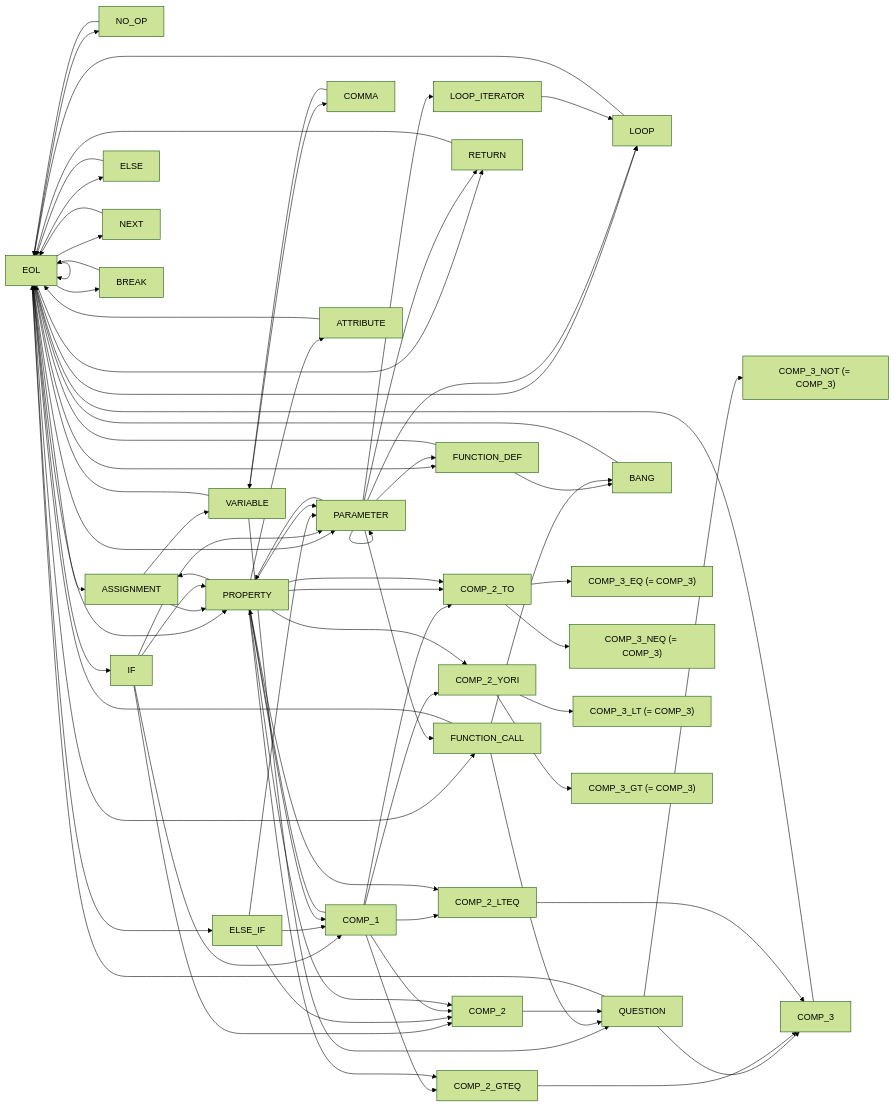
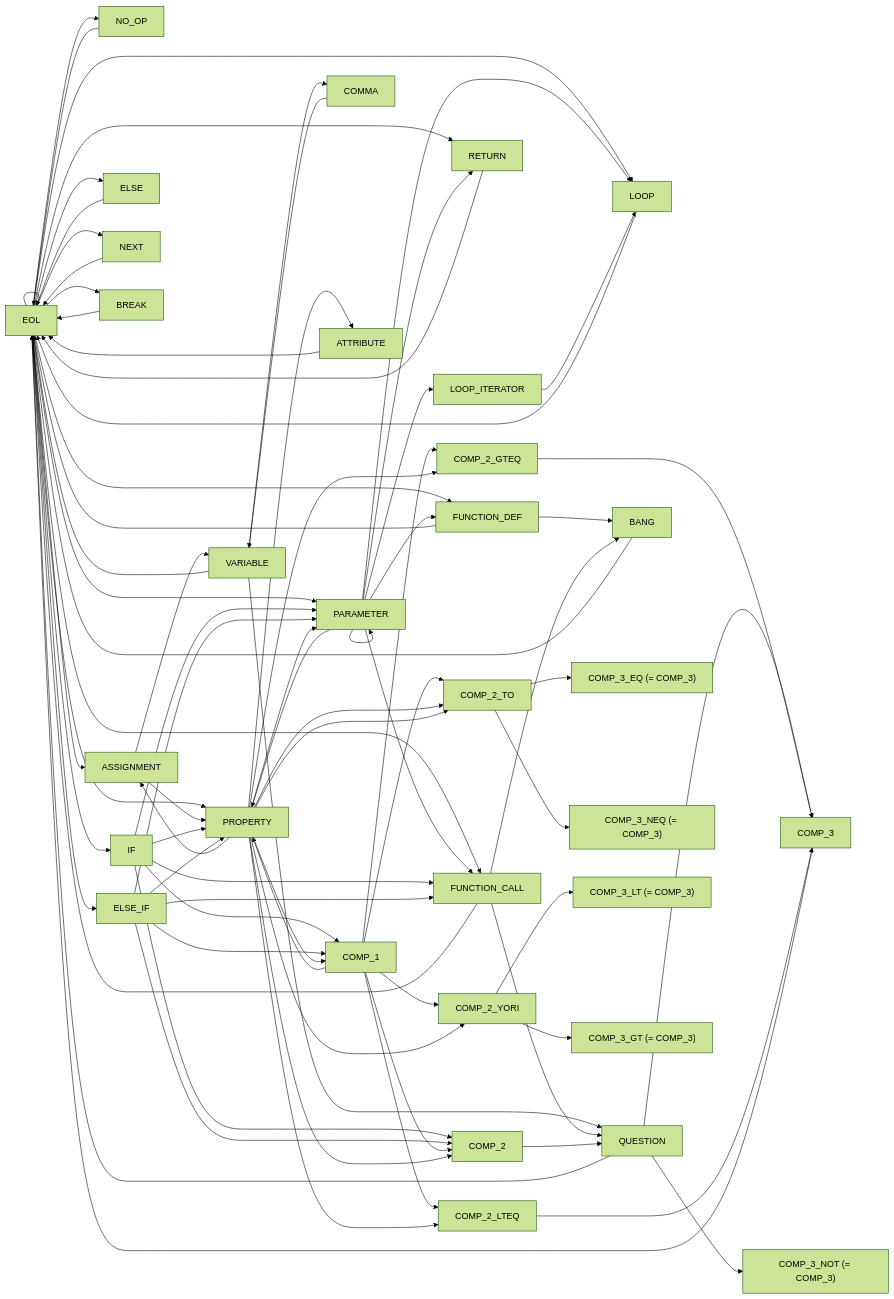
The diagram in documentation/nfsm.md (rewhowe/snapdragon), drawn with Mermaid (forest theme) before and after one commit. The commit also changed 4 other files, not shown here.

Commit message:
add implementation for if statements with properties; fix some tests; small error in nfsm diagram; still wip

```diff
--- a/documentation/nfsm.md
+++ b/documentation/nfsm.md
@@ -54,13 +54,16 @@
   COMMA --> VARIABLE
 
   IF --> PARAMETER
+  IF --> FUNCTION_CALL
   IF --> COMP_1
   IF --> COMP_2
   IF --> PROPERTY
 
   ELSE_IF --> PARAMETER
+  ELSE_IF --> FUNCTION_CALL
   ELSE_IF --> COMP_1
   ELSE_IF --> COMP_2
+  ELSE_IF --> PROPERTY
 
   ELSE --> EOL
 
```
